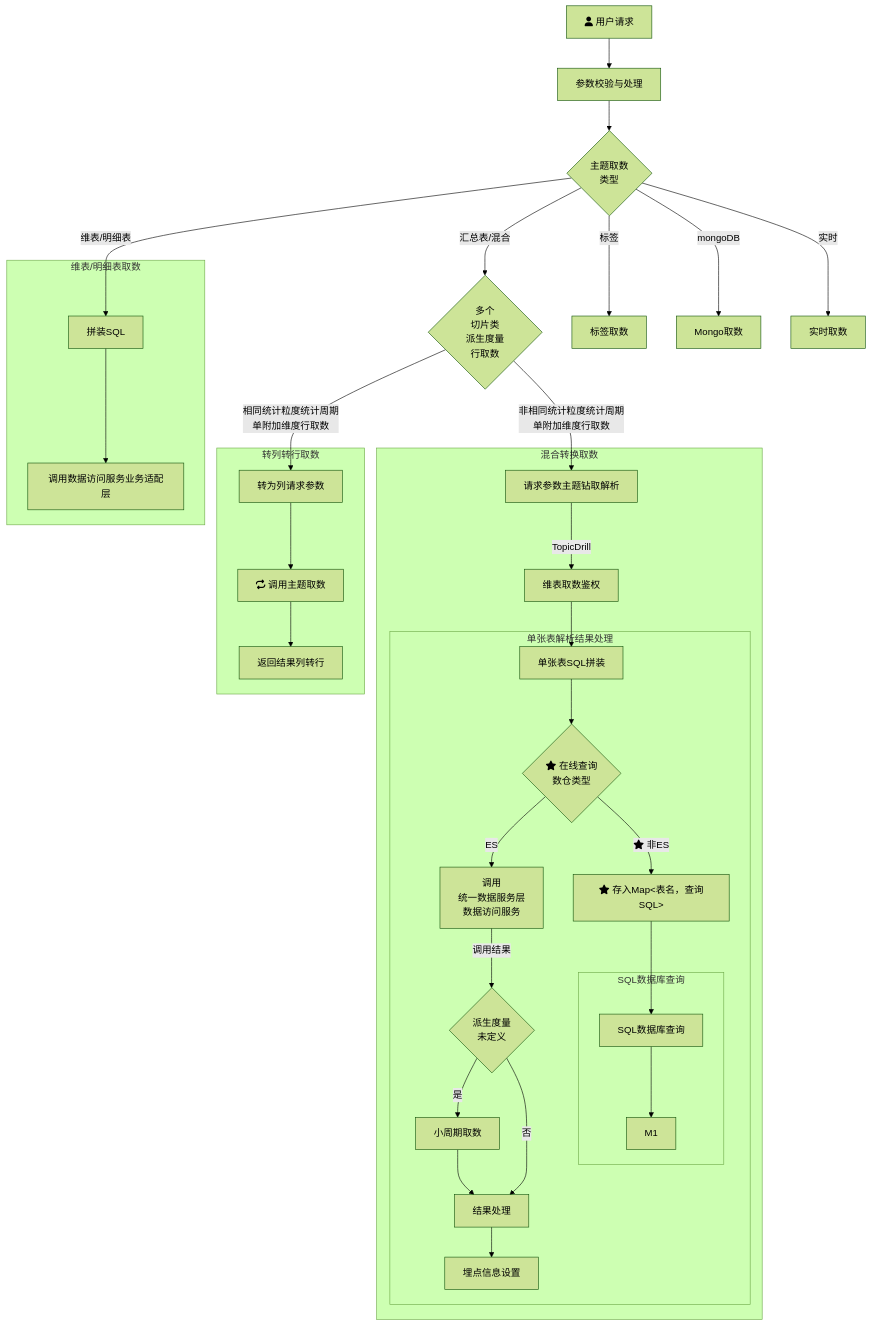
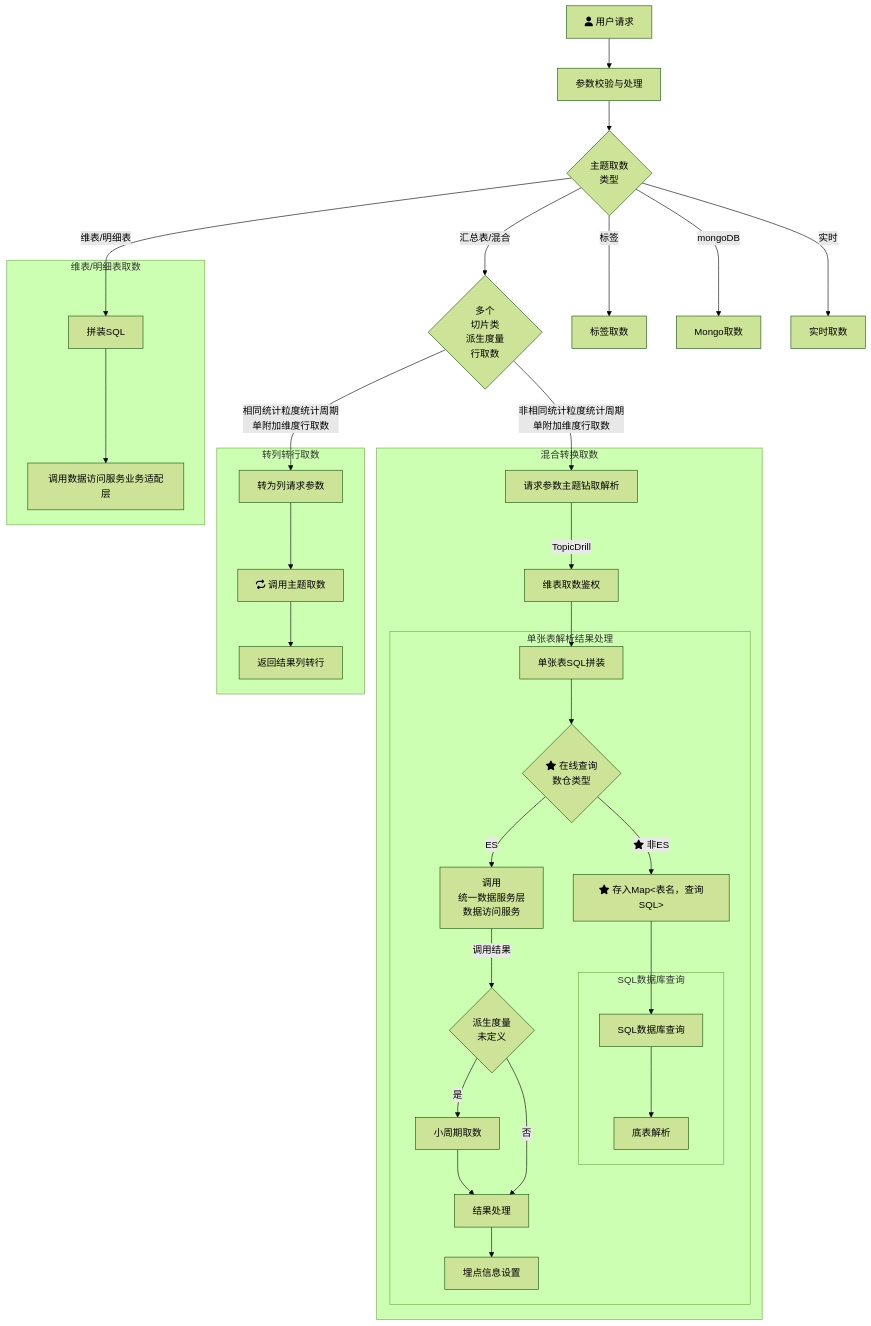
The diagram in all/未命名.md (yanglosm/iodraw-files), drawn with Mermaid (forest theme) before and after one commit.

Commit message:
2024-11-29 19:33:13 update

````diff
--- a/all/未命名.md
+++ b/all/未命名.md
@@ -1,30 +1,30 @@
 ```mermaid
 flowchart TD
     A[fa:fa-user 用户请求] -->A1[参数校验与处理] --> B{主题取数\n类型}
     B -->|维表/明细表| D[拼装SQL]
     B -->|汇总表/混合| E{多个\n切片类\n派生度量\n行取数}
     B -->|标签| F[标签取数]
     B -->|mongoDB| G[Mongo取数]
     B -->|实时| H[实时取数]
     E -->|相同统计粒度统计周期\n单附加维度行取数| E1[转为列请求参数]
     E -->|非相同统计粒度统计周期\n单附加维度行取数| T1[请求参数主题钻取解析]
     subgraph 维表/明细表取数
     D-->D1[调用数据访问服务业务适配层]
     end
     subgraph 转列转行取数
     E1-->E11[fa:fa-repeat 调用主题取数]-->E12[返回结果列转行]
     end
     subgraph 混合转换取数
     T1-->|TopicDrill| T2[维表取数鉴权] --> T31[单张表SQL拼装]
         subgraph 单张表解析结果处理
         T31 --> T4{fa:fa-star 在线查询\n数仓类型}-->|ES|T32[调用\n统一数据服务层\n数据访问服务] --> |调用结果|T33{派生度量\n未定义}
         T33 --> |是|T33_1[小周期取数]-->T34[结果处理]-->T35[埋点信息设置]
         T33 --> |否|T34
         T4 --> |fa:fa-star 非ES|T41["fa:fa-star 存入Map<表名，查询SQL>"]
         T41 --> T42[SQL数据库查询]
             subgraph SQL数据库查询
-            T42 --> M1
+            T42 --> M1[底表解析]
             end
         end
     end
 ```
````
